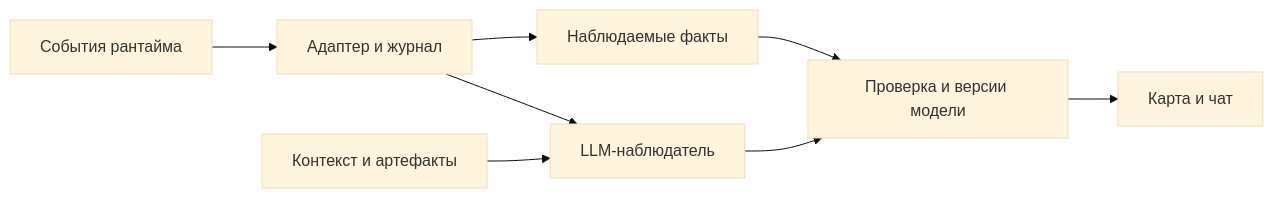
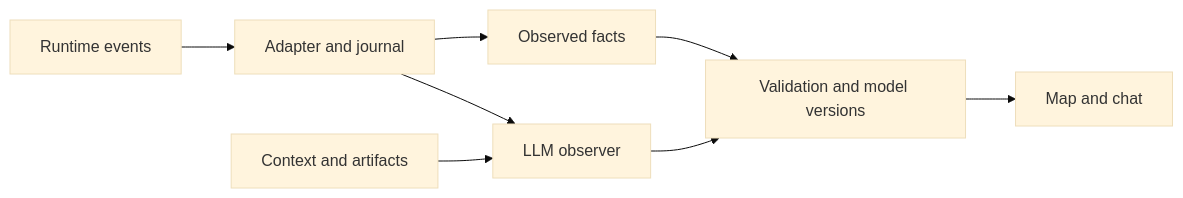
One commit to realkarych/aang changed the diagram in rfc.md. Above: the diagram before and after it, drawn with Mermaid (base theme). The commit also changed other lines of this file and 43 other files, not shown here.

````diff
--- a/rfc.md
+++ b/rfc.md
@@ -79,10 +79,10 @@
 ```mermaid
 flowchart LR
-    A[События рантайма] --> B[Адаптер и журнал]
-    B --> C[Наблюдаемые факты]
-    B --> D[LLM-наблюдатель]
-    E[Контекст и артефакты] --> D
-    C --> F[Проверка и версии модели]
+    A[Runtime events] --> B[Adapter and journal]
+    B --> C[Observed facts]
+    B --> D[LLM observer]
+    E[Context and artifacts] --> D
+    C --> F[Validation and model versions]
     D --> F
-    F --> G[Карта и чат]
+    F --> G[Map and chat]
 ```
````
